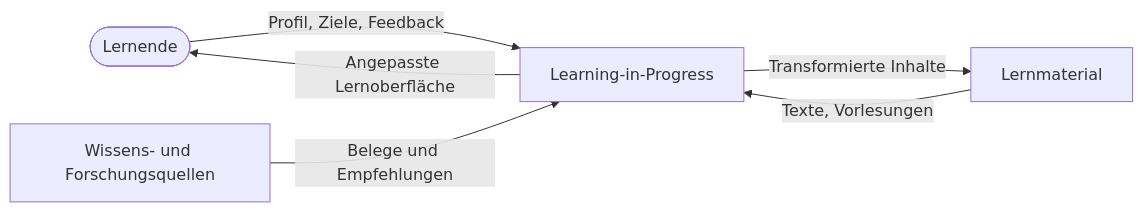
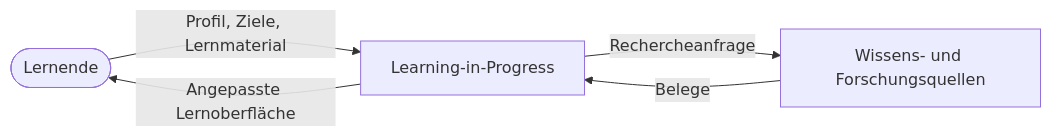
One commit to jomatotu/learning-in-progress changed the first of 2 diagrams in doc/architecture/03-kontextabgrenzung.md. Above: the diagram before and after it, drawn with Mermaid. The commit also changed other lines of this file, not shown here.

Commit message:
Enhance architectural documentation by expanding the context sections to clarify the roles of learning materials and knowledge sources. Update diagrams to reflect changes in input and output relationships, and refine the description of the Hermes-Agent's interactions within the backend architecture.

````diff
--- a/doc/architecture/03-kontextabgrenzung.md
+++ b/doc/architecture/03-kontextabgrenzung.md
@@ -6,14 +9,12 @@
 ```mermaid
 flowchart LR
   nutzer([Lernende])
   app[Learning-in-Progress]
-  material[Lernmaterial]
   quellen[Wissens- und Forschungsquellen]
 
-  nutzer -->|Profil, Ziele, Feedback| app
-  material -->|Texte, Vorlesungen| app
-  quellen -->|Belege und Empfehlungen| app
+  nutzer -->|Profil, Ziele, Lernmaterial| app
+  quellen -->|Belege| app
 
   app -->|Angepasste Lernoberfläche| nutzer
-  app -->|Transformierte Inhalte| material
+  app -->|Rechercheanfrage| quellen
 ```
````
